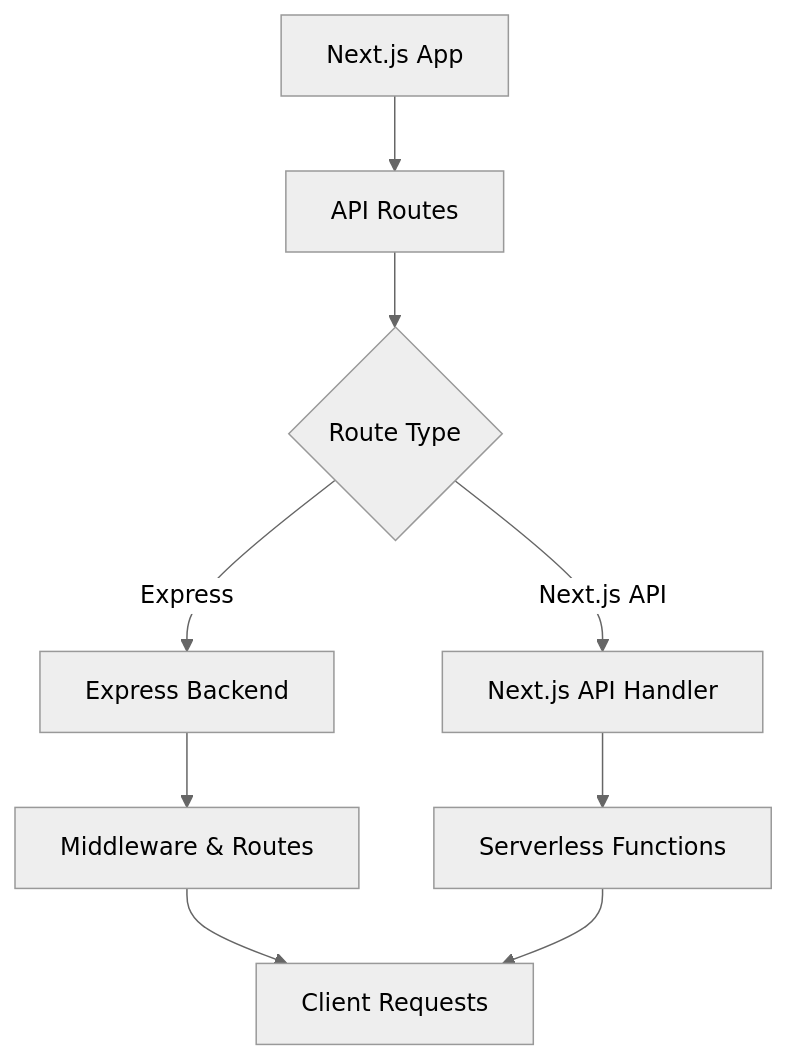
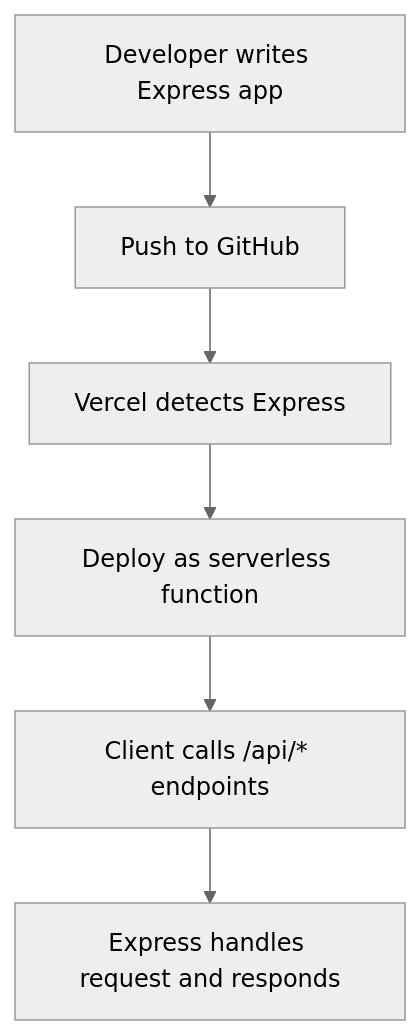
Before and after one commit to zeeshanjunaid/zeeshanjunaid.dev: the diagram in content/blog/2025-09-05-zero-configuration-express-backends-89d739.mdx, drawn with Mermaid (neutral theme). The commit also changed other lines of this file, not shown here.

````diff
--- a/content/blog/2025-09-05-zero-configuration-express-backends-89d739.mdx
+++ b/content/blog/2025-09-05-zero-configuration-express-backends-89d739.mdx
@@ -154,10 +100,9 @@
 ```mermaid
+%% Express backend flow on Vercel
 flowchart TD
-  A[Next.js App] --> B[API Routes]
-  B --> C{Route Type}
-  C -->|Express| D[Express Backend]
-  C -->|Next.js API| E[Next.js API Handler]
-  D --> F[Middleware & Routes]
-  E --> G[Serverless Functions]
-  F & G --> H[Client Requests]
+  A[Developer writes Express app] --> B[Push to GitHub]
+  B --> C[Vercel detects Express]
+  C --> D[Deploy as serverless function]
+  D --> E[Client calls /api/* endpoints]
+  E --> F[Express handles request and responds]
 ```
````
